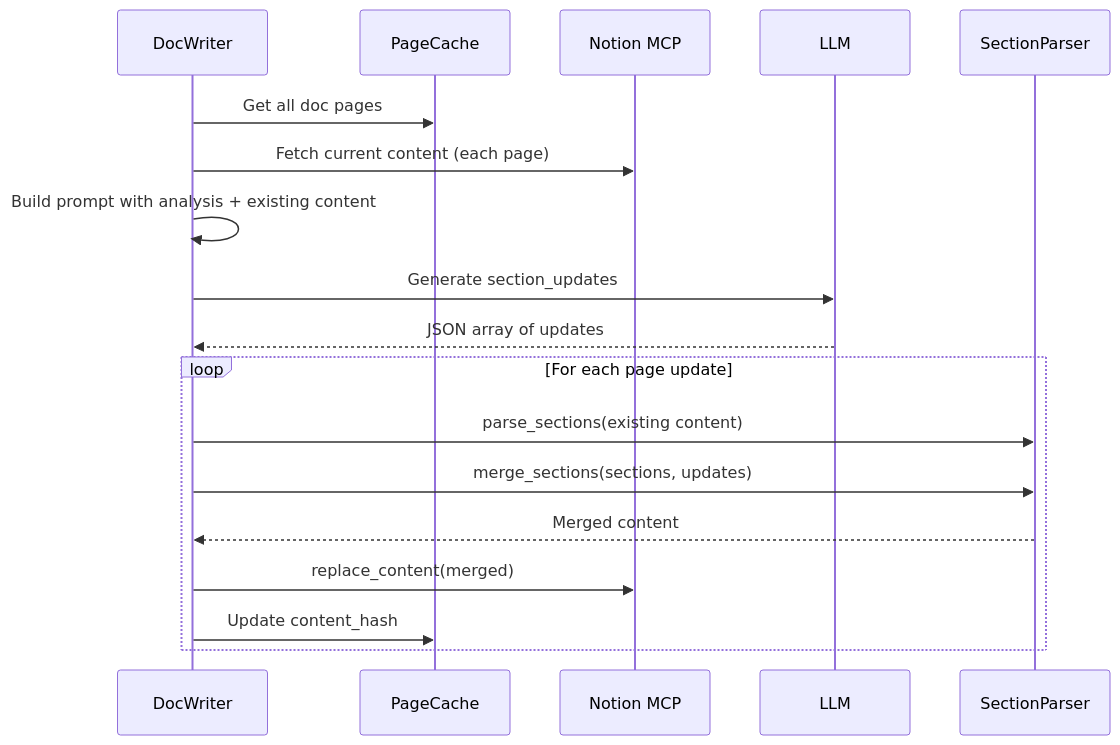
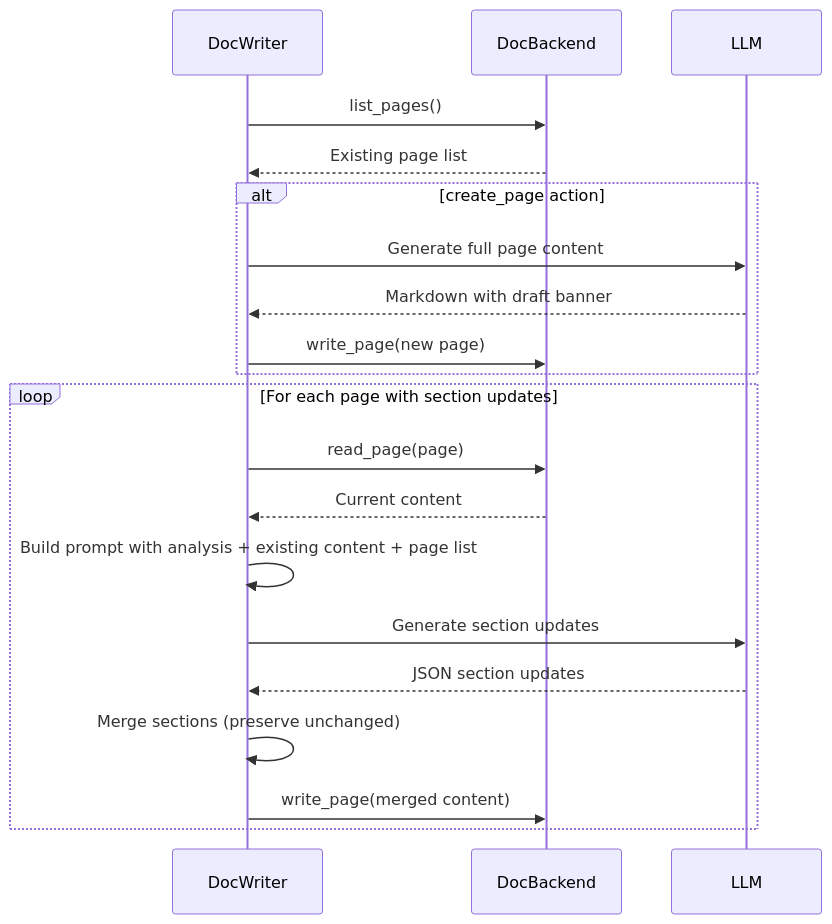
Before and after one commit to sarupurisailalith/codebase-cortex: the fifth of 9 diagrams in docs/agents.md, drawn with Mermaid. The commit also changed other lines of this file and 8 other files, not shown here.

````diff
--- a/docs/agents.md
+++ b/docs/agents.md
@@ -135,22 +284,25 @@
 ```mermaid
 sequenceDiagram
     participant DW as DocWriter
-    participant Cache as PageCache
-    participant Notion as Notion MCP
+    participant DB as DocBackend
     participant LLM
-    participant SP as SectionParser
 
-    DW->>Cache: Get all doc pages
-    DW->>Notion: Fetch current content (each page)
-    DW->>DW: Build prompt with analysis + existing content
-    DW->>LLM: Generate section_updates
-    LLM-->>DW: JSON array of updates
+    DW->>DB: list_pages()
+    DB-->>DW: Existing page list
 
-    loop For each page update
-        DW->>SP: parse_sections(existing content)
-        DW->>SP: merge_sections(sections, updates)
-        SP-->>DW: Merged content
-        DW->>Notion: replace_content(merged)
-        DW->>Cache: Update content_hash
+    alt create_page action
+        DW->>LLM: Generate full page content
+        LLM-->>DW: Markdown with draft banner
+        DW->>DB: write_page(new page)
+    end
+
+    loop For each page with section updates
+        DW->>DB: read_page(page)
+        DB-->>DW: Current content
+        DW->>DW: Build prompt with analysis + existing content + page list
+        DW->>LLM: Generate section updates
+        LLM-->>DW: JSON section updates
+        DW->>DW: Merge sections (preserve unchanged)
+        DW->>DB: write_page(merged content)
     end
 ```
````
